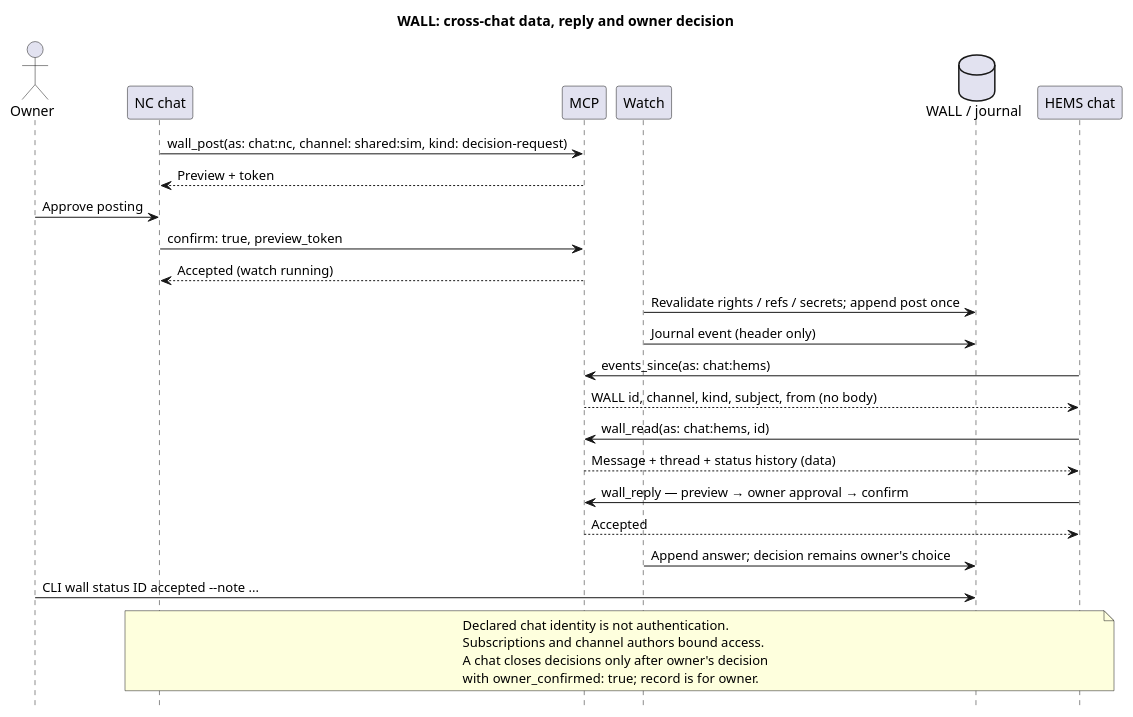
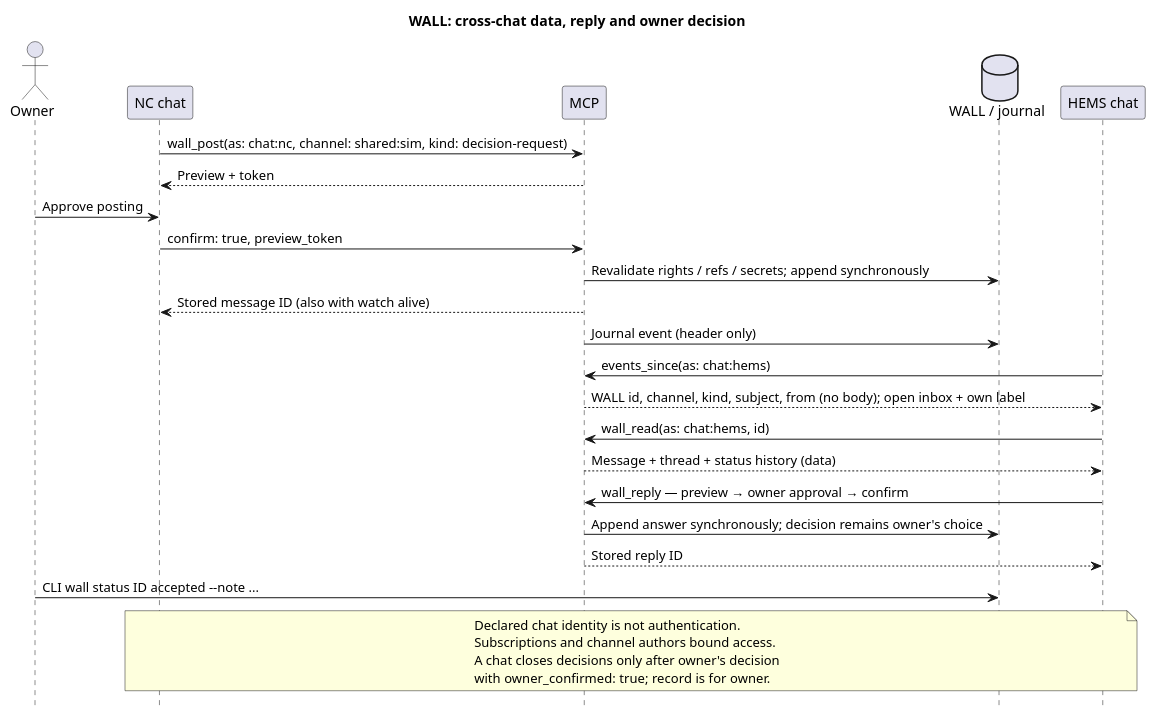
The diagram in docs/diagrams/wall-flow.puml (Setech-pl/agentctl), drawn with PlantUML before and after one commit. The commit also changed 28 other files, not shown here.

```diff
--- a/docs/diagrams/wall-flow.puml
+++ b/docs/diagrams/wall-flow.puml
@@ -1,27 +1,26 @@
 @startuml wall-flow
 skinparam linetype ortho
 hide footbox
 title WALL: cross-chat data, reply and owner decision
 actor Owner
 participant "NC chat" as NC
 participant MCP
-participant Watch
 database "WALL / journal" as Wall
 participant "HEMS chat" as HEMS
 NC -> MCP: wall_post(as: chat:nc, channel: shared:sim, kind: decision-request)
 MCP --> NC: Preview + token
 Owner -> NC: Approve posting
 NC -> MCP: confirm: true, preview_token
-MCP --> NC: Accepted (watch running)
-Watch -> Wall: Revalidate rights / refs / secrets; append post once
-Watch -> Wall: Journal event (header only)
+MCP -> Wall: Revalidate rights / refs / secrets; append synchronously
+MCP --> NC: Stored message ID (also with watch alive)
+MCP -> Wall: Journal event (header only)
 HEMS -> MCP: events_since(as: chat:hems)
-MCP --> HEMS: WALL id, channel, kind, subject, from (no body)
+MCP --> HEMS: WALL id, channel, kind, subject, from (no body); open inbox + own label
 HEMS -> MCP: wall_read(as: chat:hems, id)
 MCP --> HEMS: Message + thread + status history (data)
 HEMS -> MCP: wall_reply — preview → owner approval → confirm
-MCP --> HEMS: Accepted
-Watch -> Wall: Append answer; decision remains owner's choice
+MCP -> Wall: Append answer synchronously; decision remains owner's choice
+MCP --> HEMS: Stored reply ID
 Owner -> Wall: CLI wall status ID accepted --note ...
 note over NC,HEMS: Declared chat identity is not authentication.\nSubscriptions and channel authors bound access.\nA chat closes decisions only after owner's decision\nwith owner_confirmed: true; record is for owner.
 @enduml
```
